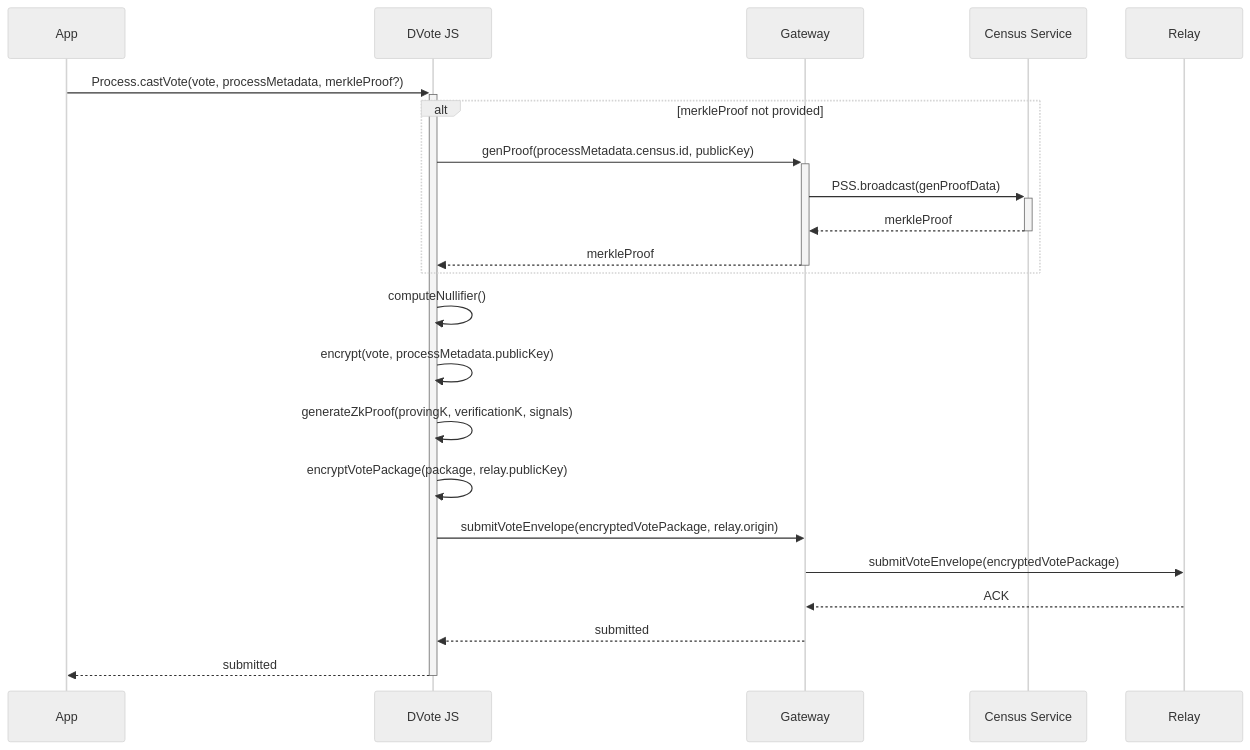
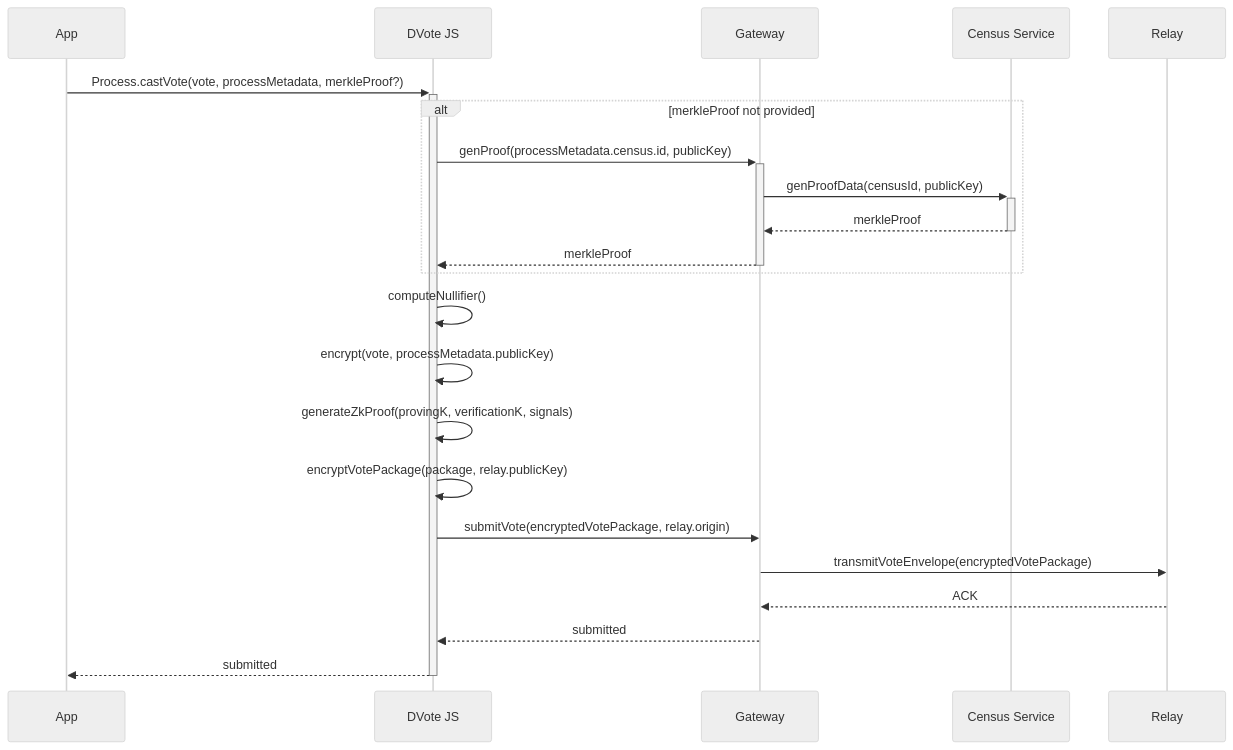
The tenth of 15 diagrams in docs/protocol/sequence-diagrams.md (vocdoni/docs), drawn with Mermaid (neutral theme) before and after one commit. The commit also changed other lines of this file, not shown here.

Commit message:
modified sequence diagrams to include gateway dependency

````diff
--- a/docs/protocol/sequence-diagrams.md
+++ b/docs/protocol/sequence-diagrams.md
@@ -334,39 +370,39 @@
 ```mermaid
 sequenceDiagram
 
     participant App
     participant DV as DVote JS
     participant GW as Gateway
     participant CS as Census Service
     participant RL as Relay
 
     App->>+DV: Process.castVote(vote, processMetadata, merkleProof?)
 
         alt merkleProof not provided
 
             DV->>+GW: genProof(processMetadata.census.id, publicKey)
 
-            GW->>+CS: PSS.broadcast(genProofData)
+            GW->>+CS: genProofData(censusId, publicKey)
             CS-->>-GW: merkleProof
 
             GW-->>-DV: merkleProof
 
         end
 
         DV->>DV: computeNullifier()
 
         DV->>DV: encrypt(vote, processMetadata.publicKey)
 
         DV->>DV: generateZkProof(provingK, verificationK, signals)
 
         DV->>DV: encryptVotePackage(package, relay.publicKey)
 
-        DV->>GW: submitVoteEnvelope(encryptedVotePackage, relay.origin)
+        DV->>GW: submitVote(encryptedVotePackage, relay.origin)
 
-            GW->>RL: submitVoteEnvelope(encryptedVotePackage)
+            GW->>RL: transmitVoteEnvelope(encryptedVotePackage)
             RL-->>GW: ACK
 
         GW-->>DV: submitted
 
     DV-->>-App: submitted
 ```
````
